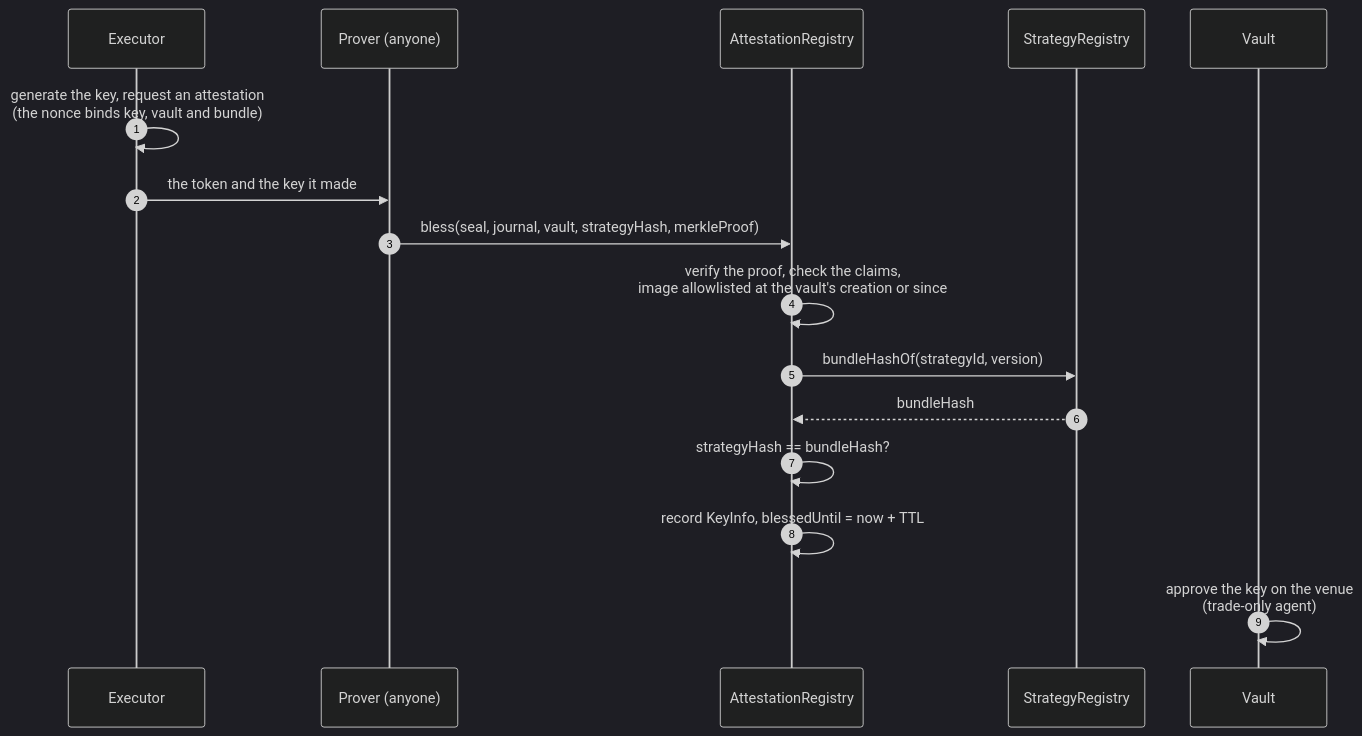
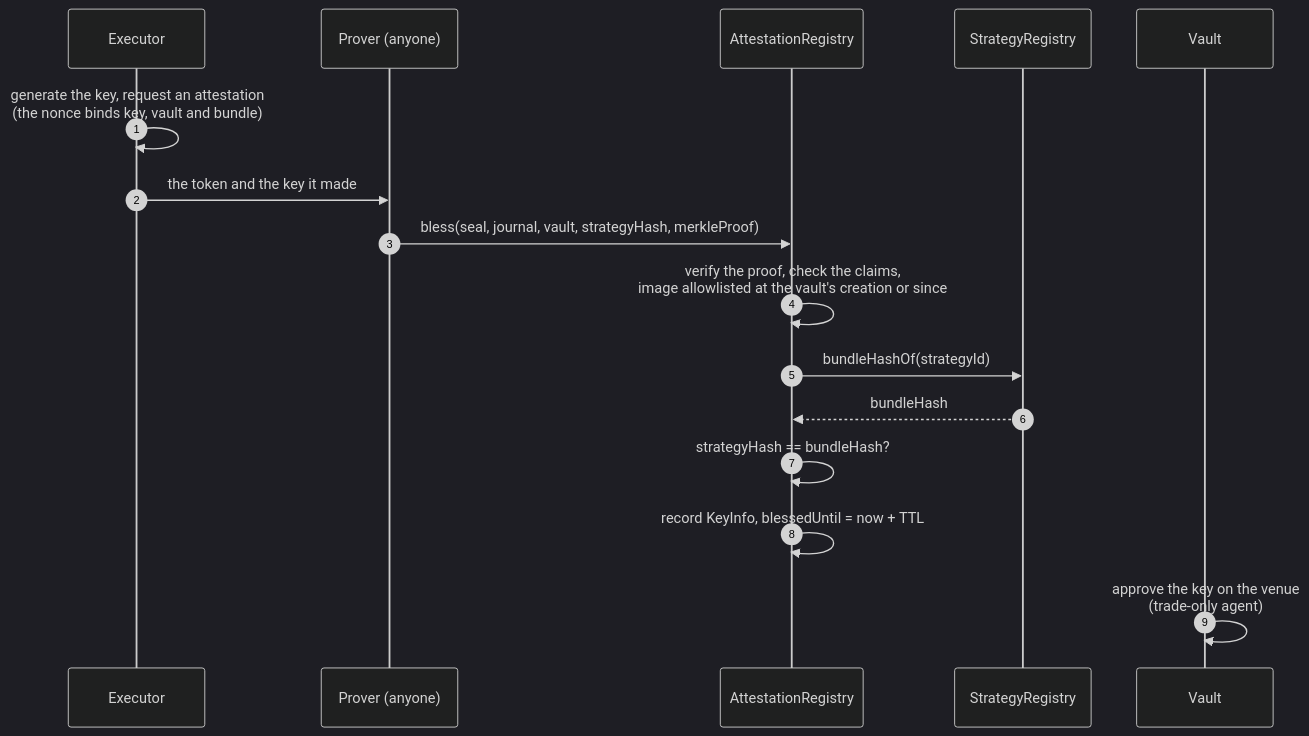
One commit to ShoninFi/shonin-platform changed the diagram in docs/content/how-it-works/execution.md. Above: the diagram before and after it, drawn with Mermaid (dark theme). The commit also changed other lines of this file and 15 other files, not shown here.

````diff
--- a/docs/content/how-it-works/execution.md
+++ b/docs/content/how-it-works/execution.md
@@ -21,18 +21,18 @@
 ```mermaid
 sequenceDiagram
     autonumber
     participant E as Executor
     participant P as Prover (anyone)
     participant R as AttestationRegistry
     participant S as StrategyRegistry
     participant V as Vault
     E->>E: generate the key, request an attestation<br/>(the nonce binds key, vault and bundle)
     E->>P: the token and the key it made
     P->>R: bless(seal, journal, vault, strategyHash, merkleProof)
     R->>R: verify the proof, check the claims,<br/>image allowlisted at the vault's creation or since
-    R->>S: bundleHashOf(strategyId, version)
+    R->>S: bundleHashOf(strategyId)
     S-->>R: bundleHash
     R->>R: strategyHash == bundleHash?
     R->>R: record KeyInfo, blessedUntil = now + TTL
     V->>V: approve the key on the venue<br/>(trade-only agent)
 ```
````
